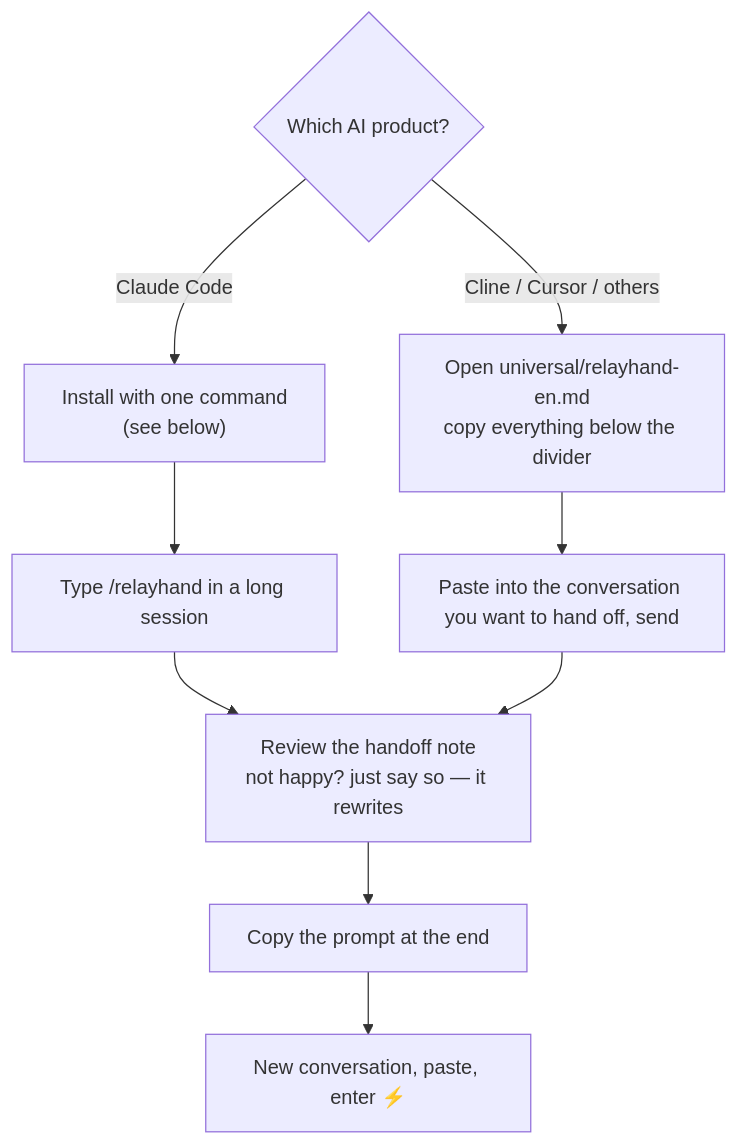
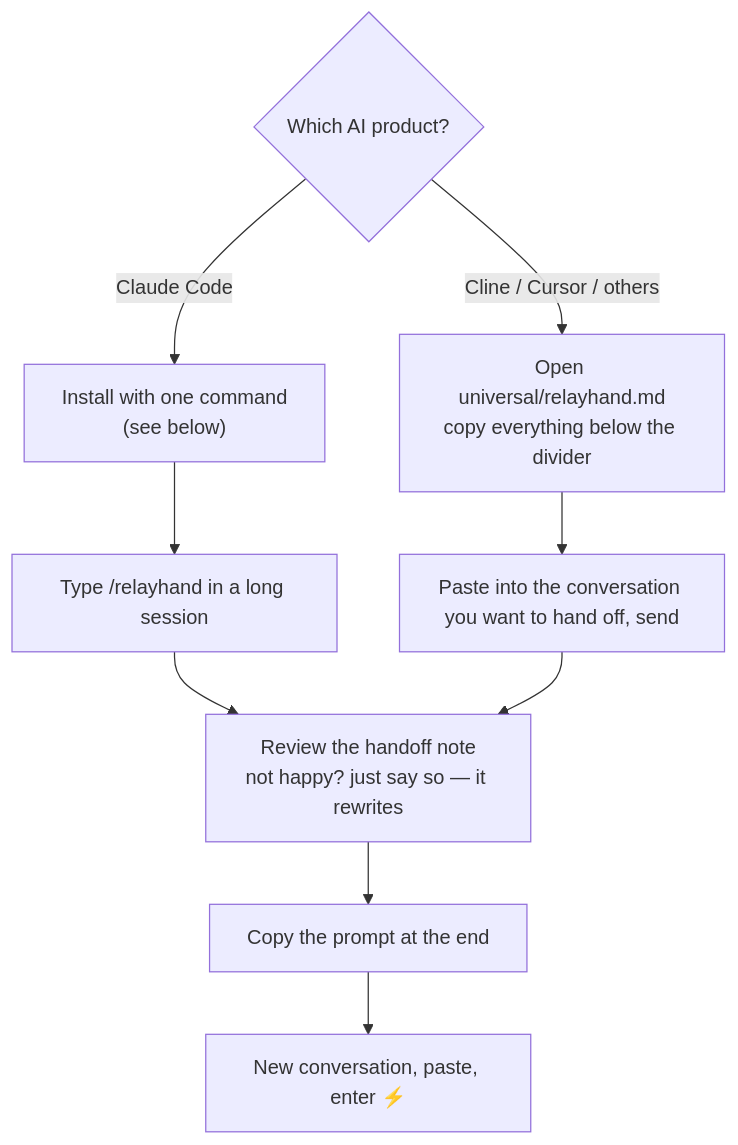
The second of 2 diagrams in README.md (yanlin-cheng/relayhand), drawn with Mermaid before and after one commit. The commit also changed other lines of this file and 9 other files, not shown here.

````diff
--- a/README.md
+++ b/README.md
@@ -60,11 +60,11 @@
 ```mermaid
 flowchart TD
     Start{"Which AI product?"} -->|"Claude Code"| A["Install with one command<br>(see below)"]
-    Start -->|"Cline / Cursor / others"| B["Open universal/relayhand-en.md<br>copy everything below the divider"]
+    Start -->|"Cline / Cursor / others"| B["Open universal/relayhand.md<br>copy everything below the divider"]
     A --> C["Type /relayhand in a long session"]
     B --> D["Paste into the conversation you want to hand off, send"]
     C --> E["Review the handoff note<br>not happy? just say so — it rewrites"]
     D --> E
     E --> F["Copy the prompt at the end"]
     F --> G["New conversation, paste, enter ⚡"]
 ```
````
